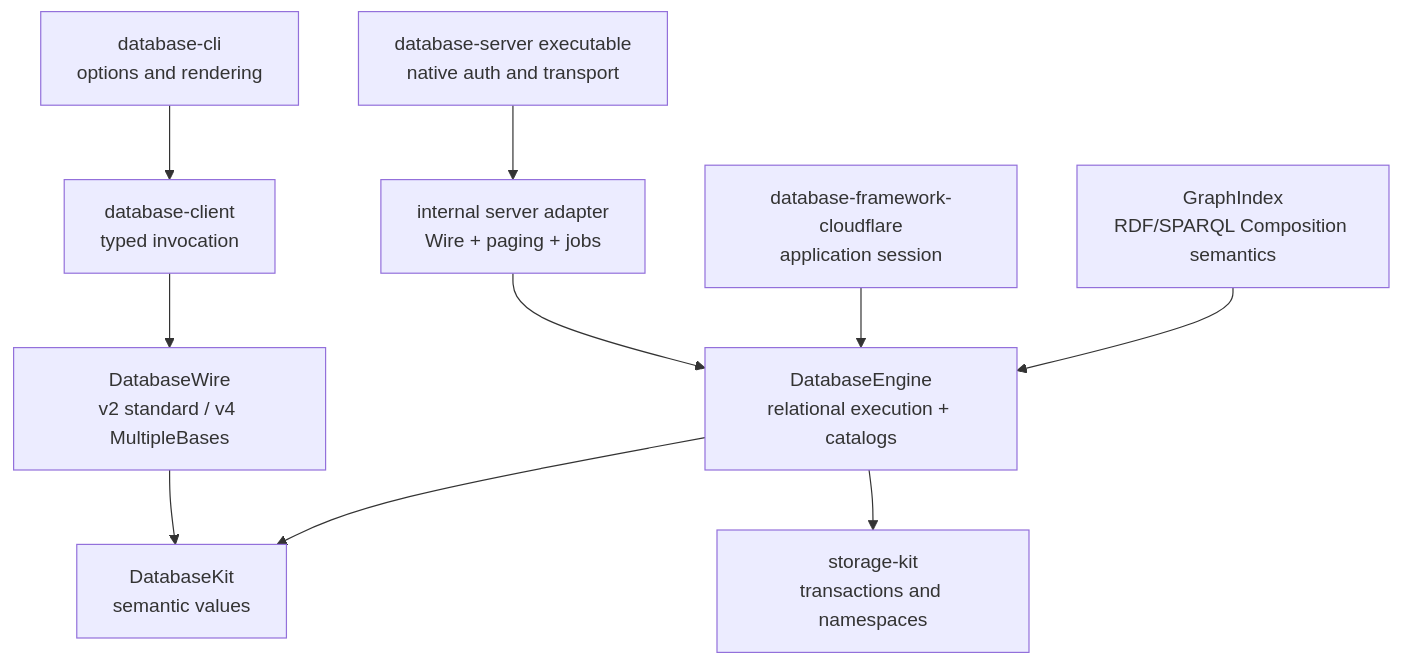
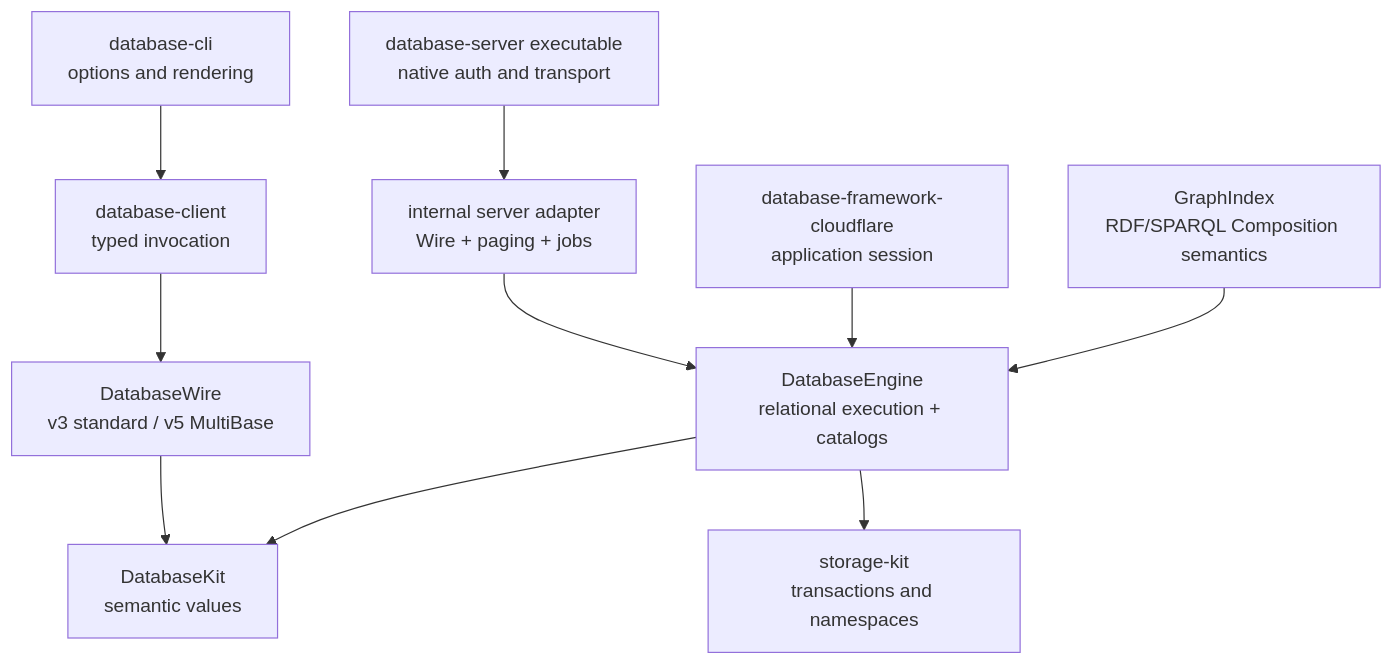
One commit to 1amageek/database-framework changed the second of 8 diagrams in docs/base-composition-implementation-design.md. Above: the diagram before and after it, drawn with Mermaid. The commit also changed other lines of this file and 514 other files, not shown here.

Commit message:
Redesign index runtime and MultiBase execution

````diff
--- a/docs/base-composition-implementation-design.md
+++ b/docs/base-composition-implementation-design.md
@@ -231,13 +230,13 @@
 ```mermaid
 flowchart TB
     CLI["database-cli<br/>options and rendering"] --> Client["database-client<br/>typed invocation"]
-    Client --> Wire["DatabaseWire<br/>v2 standard / v4 MultipleBases"]
+    Client --> Wire["DatabaseWire<br/>v3 standard / v5 MultiBase"]
     Wire --> Kit["DatabaseKit<br/>semantic values"]
 
     NativeHost["database-server executable<br/>native auth and transport"] --> Server["internal server adapter<br/>Wire + paging + jobs"]
     Server --> Engine["DatabaseEngine<br/>relational execution + catalogs"]
     Cloudflare["database-framework-cloudflare<br/>application session"] --> Engine
     Graph["GraphIndex<br/>RDF/SPARQL Composition semantics"] --> Engine
     Engine --> Kit
     Engine --> Storage["storage-kit<br/>transactions and namespaces"]
 ```
````
